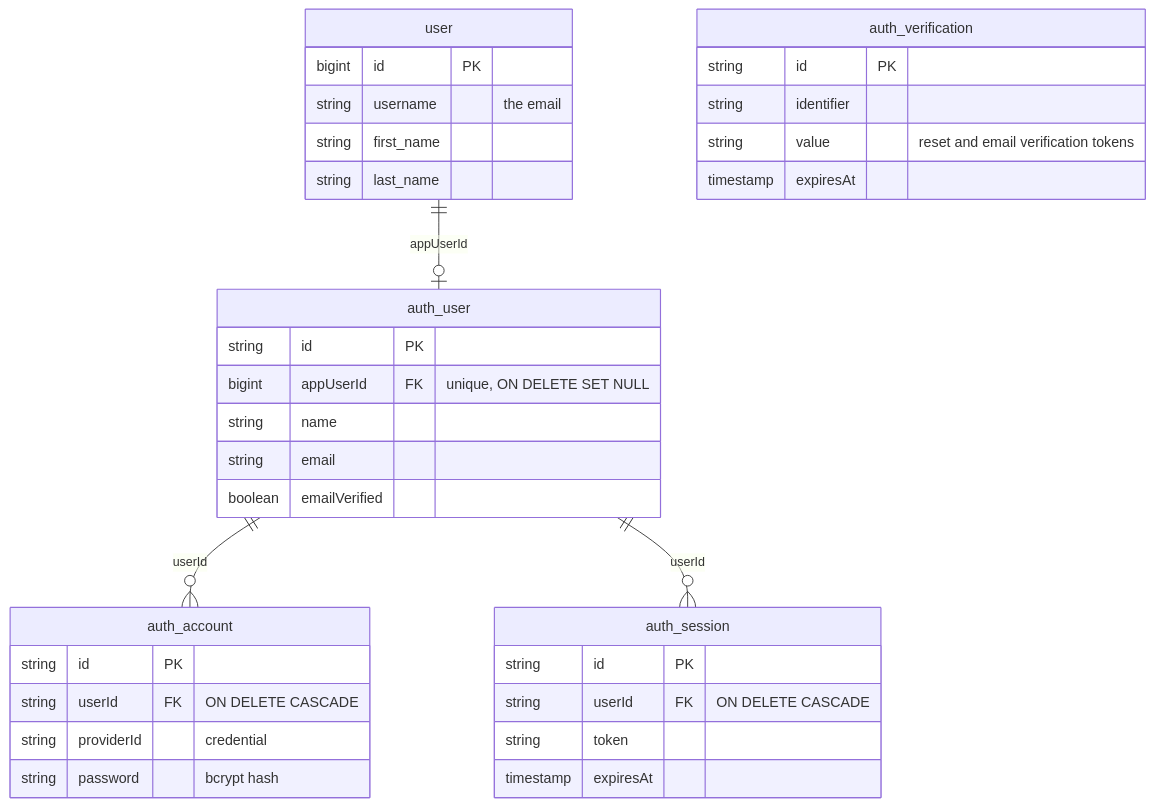
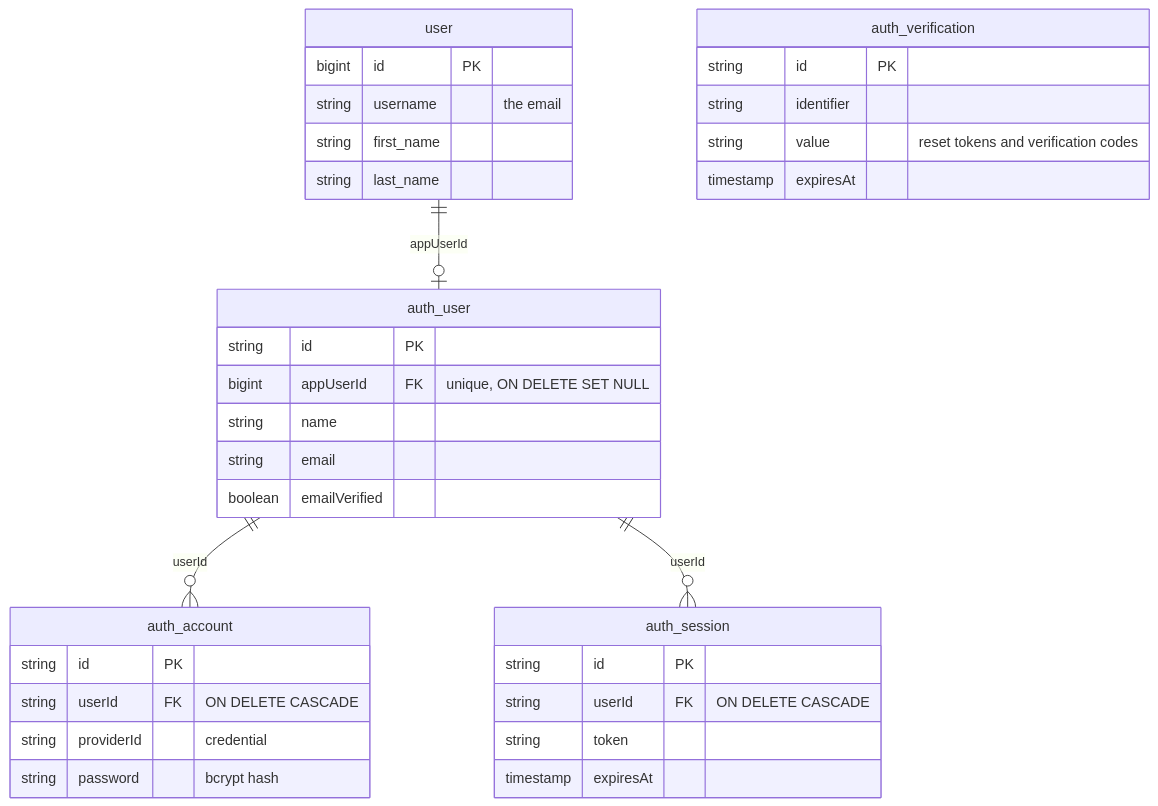
One commit to DigitalCommons/land-explorer changed the diagram in docs/better-auth/overview.md. Above: the diagram before and after it, drawn with Mermaid. The commit also changed other lines of this file and 6 other files, not shown here.

Commit message:
update docs now that we send verification codes

````diff
--- a/docs/better-auth/overview.md
+++ b/docs/better-auth/overview.md
@@ -25,38 +25,38 @@
 ```mermaid
 erDiagram
     user ||--o| auth_user : "appUserId"
     auth_user ||--o{ auth_account : "userId"
     auth_user ||--o{ auth_session : "userId"
 
     user {
         bigint id PK
         string username "the email"
         string first_name
         string last_name
     }
     auth_user {
         string id PK
         bigint appUserId FK "unique, ON DELETE SET NULL"
         string name
         string email
         boolean emailVerified
     }
     auth_account {
         string id PK
         string userId FK "ON DELETE CASCADE"
         string providerId "credential"
         string password "bcrypt hash"
     }
     auth_session {
         string id PK
         string userId FK "ON DELETE CASCADE"
         string token
         timestamp expiresAt
     }
     auth_verification {
         string id PK
         string identifier
-        string value "reset and email verification tokens"
+        string value "reset tokens and verification codes"
         timestamp expiresAt
     }
 ```
````
